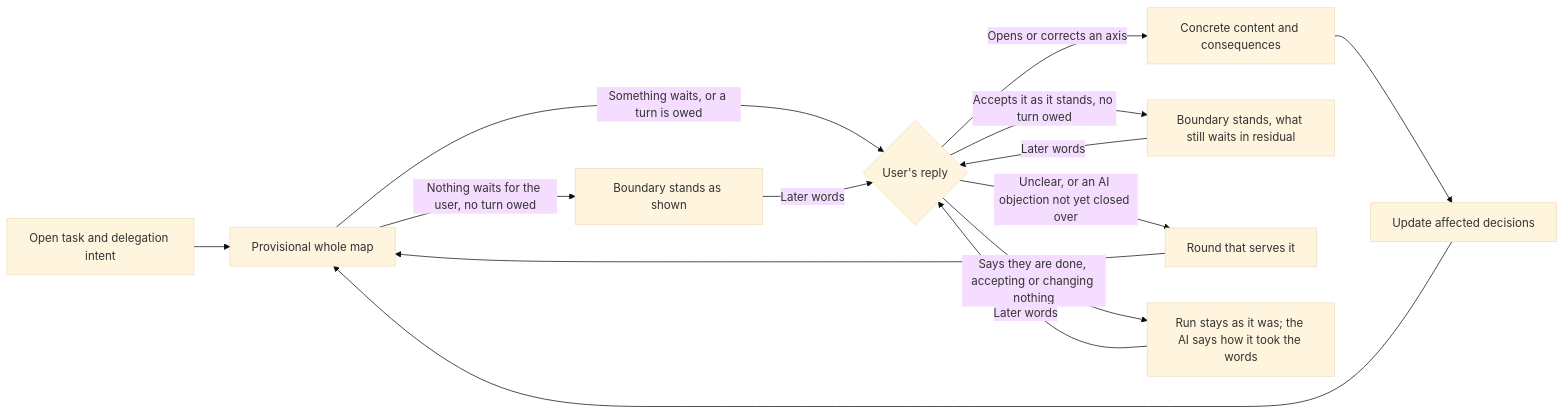
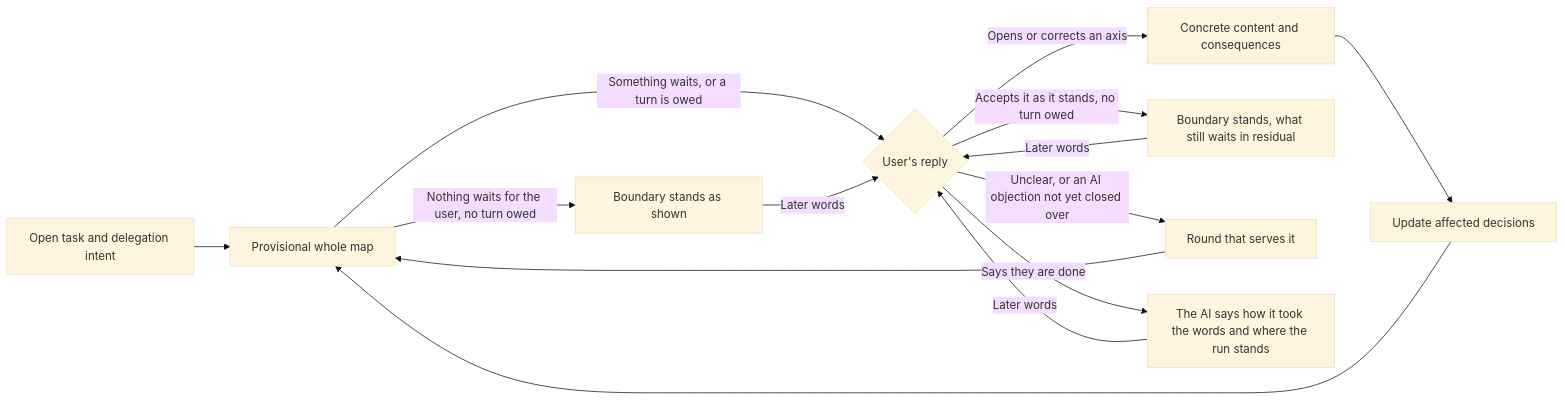
Before and after one commit to jongwony/epistemic-protocols: the diagram in horismos/README.md, drawn with Mermaid (base theme). The commit also changed other lines of this file and 1 other file, not shown here.

Commit message:
fix(horismos): README 쌍에서 「그만」 의 사례 문장과 흐름도 갈래를 걷는다 (ROO-191)
ROO-191 decide 7e2ebe95 (choi 의 ROO-67 bf3665d7): 사람의 「그만」 이 무엇을 거두는지는 누적
컨텍스트에서 읽고, 계약에는 그 범위나 사례를 적지 않는다. SKILL.md 는 이미 `Reaches` 한
문장뿐이다. README 쌍에 남은 「accepting or changing nothing → Run stays as it was」 흐름도 갈래와
「without accepting or changing the boundary, leave the run as it was」 문장은 그만이 아무것도
거두지 않는다는 사례였으므로, 「다른 답처럼 읽고, 어떻게 받았는지와 실행이 어디에 서 있는지
말한다」 로 바꾼다.

Claude-Session: https://claude.ai/code/session_01CQN72GYhRecvDjeoiPheG6

````diff
--- a/horismos/README.md
+++ b/horismos/README.md
@@ -9,16 +9,16 @@
 ```mermaid
 flowchart LR
     A[Open task and delegation intent] --> B[Provisional whole map]
     B -->|Nothing waits for the user, no turn owed| G[Boundary stands as shown]
     B -->|Something waits, or a turn is owed| C{User's reply}
     C -->|Opens or corrects an axis| D[Concrete content and consequences]
     D --> E[Update affected decisions]
     E --> B
     C -->|Accepts it as it stands, no turn owed| F[Boundary stands, what still waits in residual]
     C -->|Unclear, or an AI objection not yet closed over| H[Round that serves it]
     H --> B
-    C -->|Says they are done, accepting or changing nothing| K[Run stays as it was; the AI says how it took the words]
+    C -->|Says they are done| K[The AI says how it took the words and where the run stands]
     K -->|Later words| C
     F -->|Later words| C
     G -->|Later words| C
 ```
````
